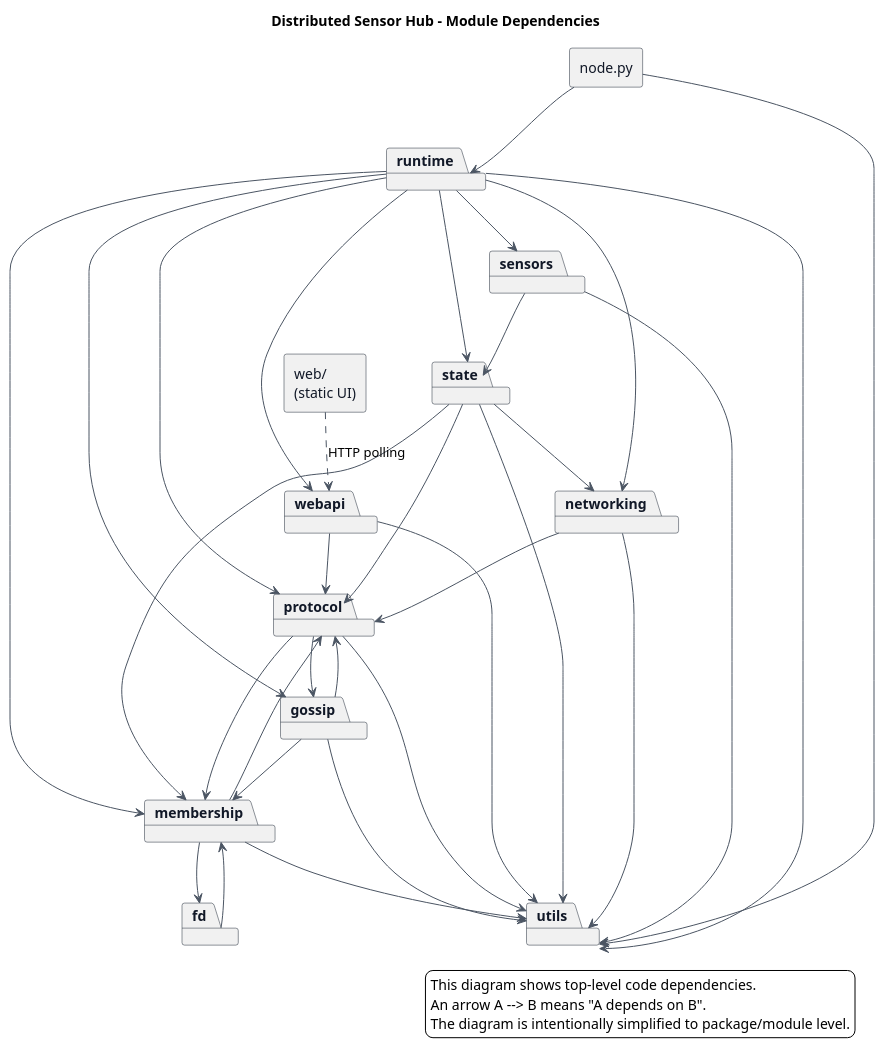
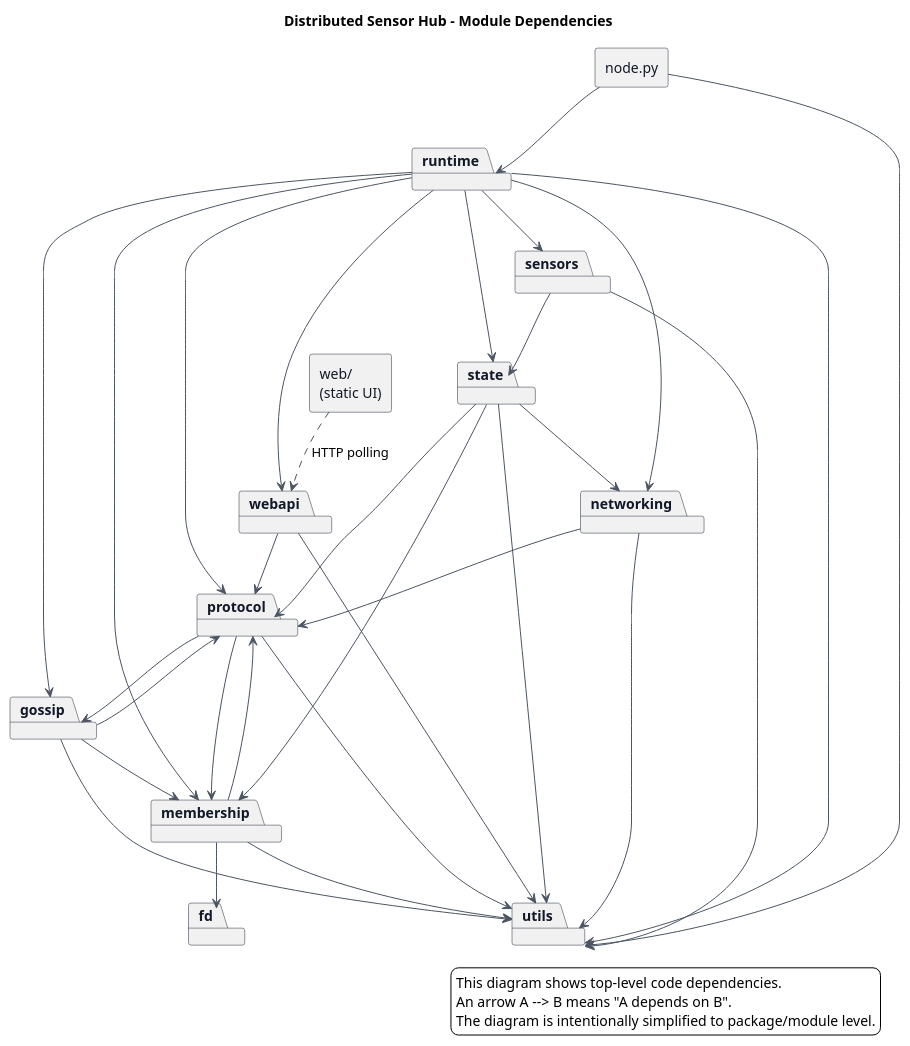
Before and after one commit to AlexSantini10/distributed-sensor-hub: the diagram in docs/module-dependencies.puml, drawn with PlantUML. The commit also changed 6 other files, not shown here.

```diff
--- a/docs/module-dependencies.puml
+++ b/docs/module-dependencies.puml
@@ -1,76 +1,74 @@
 @startuml
 title Distributed Sensor Hub - Module Dependencies
 
 skinparam backgroundColor white
 skinparam shadowing false
 skinparam packageStyle rectangle
 skinparam componentStyle rectangle
 skinparam ArrowColor #4B5563
 skinparam PackageBorderColor #1F2937
 skinparam PackageFontColor #111827
 skinparam ComponentBorderColor #1F2937
 skinparam ComponentFontColor #111827
 
 legend right
   This diagram shows top-level code dependencies.
   An arrow A --> B means "A depends on B".
   The diagram is intentionally simplified to package/module level.
 endlegend
 
 component "node.py" as node
 
 package "runtime" as runtime
 package "protocol" as protocol
 package "networking" as networking
 package "membership" as membership
 package "fd" as fd
 package "gossip" as gossip
 package "state" as state
 package "sensors" as sensors
 package "webapi" as webapi
 package "utils" as utils
 component "web/\n(static UI)" as web
 
 node --> runtime
 node --> utils
 
 runtime --> networking
 runtime --> protocol
 runtime --> membership
 runtime --> gossip
 runtime --> sensors
 runtime --> state
 runtime --> webapi
 runtime --> utils
 
 protocol --> membership
 protocol --> gossip
 protocol --> utils
 
 networking --> protocol
 networking --> utils
 
 membership --> fd
 membership --> protocol
 membership --> utils
 
-fd --> membership
-
 gossip --> membership
 gossip --> protocol
 gossip --> utils
 
 state --> membership
 state --> networking
 state --> protocol
 state --> utils
 
 sensors --> state
 sensors --> utils
 
 webapi --> protocol
 webapi --> utils
 
 web ..> webapi : HTTP polling
 
 @enduml
```
